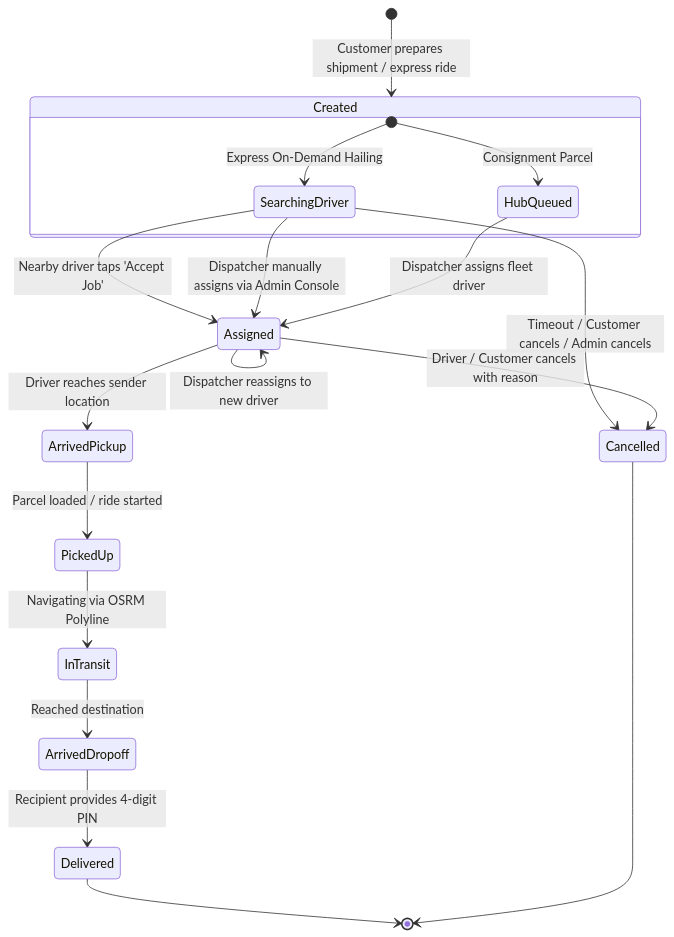
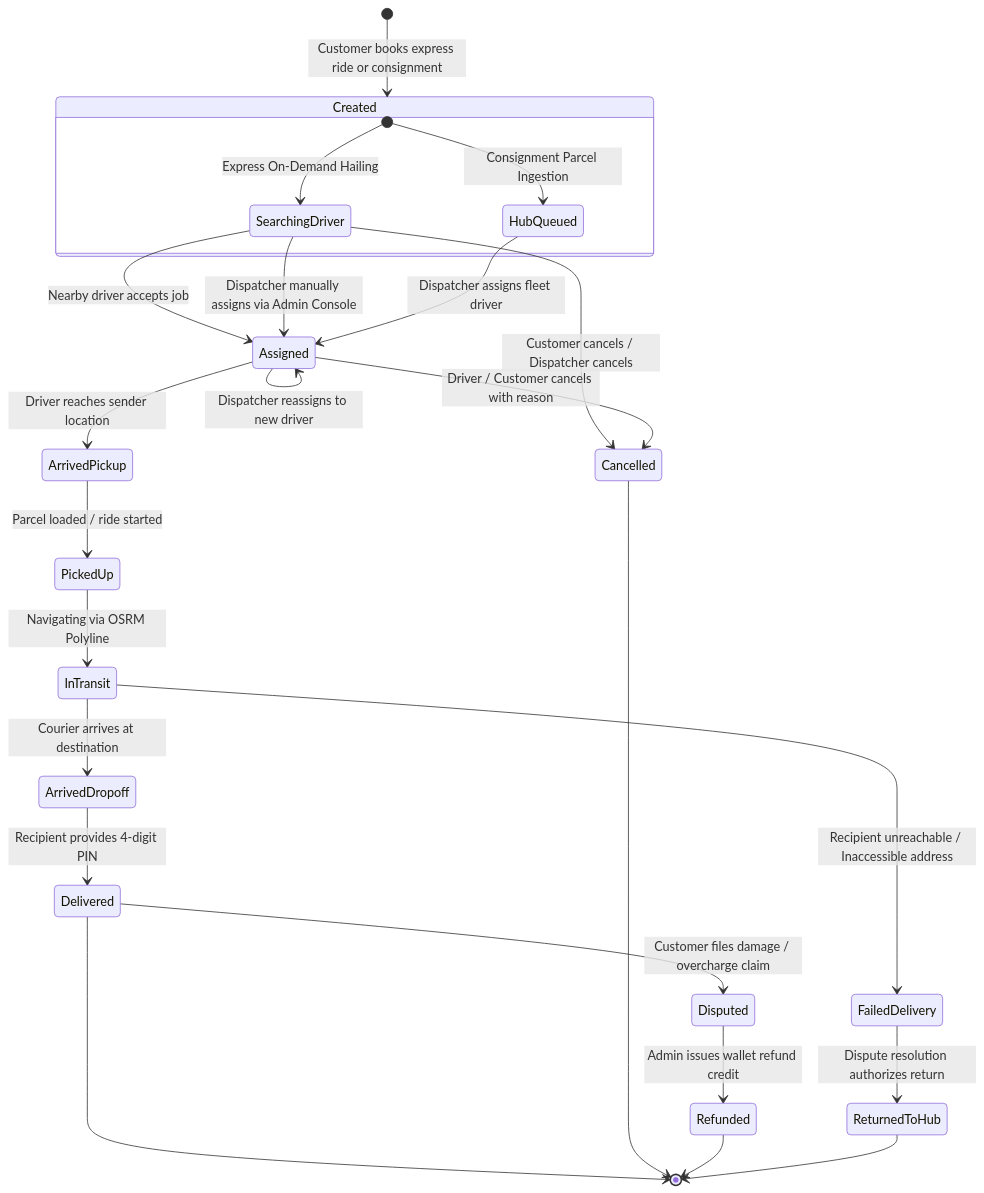
Before and after one commit to Lekki369/e_hailer: the second of 2 diagrams in docs/ARCHITECTURE.md, drawn with Mermaid. The commit also changed other lines of this file and 1 other file, not shown here.

Commit message:
docs(architecture): document Fleetbase, ERPNext, and osTicket operational synthesis

````diff
--- a/docs/ARCHITECTURE.md
+++ b/docs/ARCHITECTURE.md
@@ -105,26 +89,33 @@
 ```mermaid
 stateDiagram-v2
-    [*] --> Created: Customer prepares shipment / express ride
+    [*] --> Created: Customer books express ride or consignment
     
     state Created {
         [*] --> SearchingDriver: Express On-Demand Hailing
-        [*] --> HubQueued: Consignment Parcel
+        [*] --> HubQueued: Consignment Parcel Ingestion
     }
 
-    SearchingDriver --> Assigned: Nearby driver taps 'Accept Job'
+    SearchingDriver --> Assigned: Nearby driver accepts job
     SearchingDriver --> Assigned: Dispatcher manually assigns via Admin Console
     HubQueued --> Assigned: Dispatcher assigns fleet driver
     
     Assigned --> ArrivedPickup: Driver reaches sender location
     ArrivedPickup --> PickedUp: Parcel loaded / ride started
     PickedUp --> InTransit: Navigating via OSRM Polyline
-    InTransit --> ArrivedDropoff: Reached destination
+    InTransit --> ArrivedDropoff: Courier arrives at destination
     ArrivedDropoff --> Delivered: Recipient provides 4-digit PIN
     
-    SearchingDriver --> Cancelled: Timeout / Customer cancels / Admin cancels
+    SearchingDriver --> Cancelled: Customer cancels / Dispatcher cancels
     Assigned --> Cancelled: Driver / Customer cancels with reason
     Assigned --> Assigned: Dispatcher reassigns to new driver
     
+    InTransit --> FailedDelivery: Recipient unreachable / Inaccessible address
+    FailedDelivery --> ReturnedToHub: Dispute resolution authorizes return
+    Delivered --> Disputed: Customer files damage / overcharge claim
+    Disputed --> Refunded: Admin issues wallet refund credit
+    
     Delivered --> [*]
     Cancelled --> [*]
+    Refunded --> [*]
+    ReturnedToHub --> [*]
 ```
````
